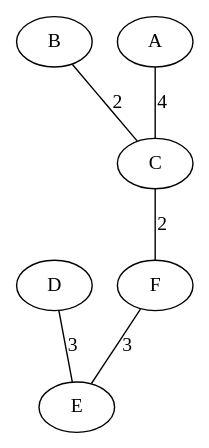
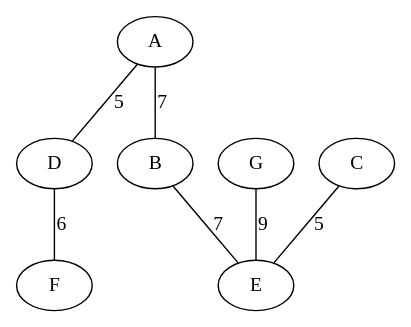
One commit to Abhishek0706/DataStructureAssignment changed the diagram in Assignment5/Question2/graph.dot. Above: the diagram before and after it, drawn with Graphviz. The commit also changed 1415 other files, not shown here.

```diff
--- a/Assignment5/Question2/graph.dot
+++ b/Assignment5/Question2/graph.dot
@@ -1,7 +1,8 @@
 graph{
-C -- F[label="2",weight="2"];
-B -- C[label="2",weight="2"];
-F -- E[label="3",weight="3"];
-D -- E[label="3",weight="3"];
-A -- C[label="4",weight="4"];
+C -- E[label="5",weight="5"];
+A -- D[label="5",weight="5"];
+D -- F[label="6",weight="6"];
+B -- E[label="7",weight="7"];
+A -- B[label="7",weight="7"];
+G -- E[label="9",weight="9"];
 }
```
